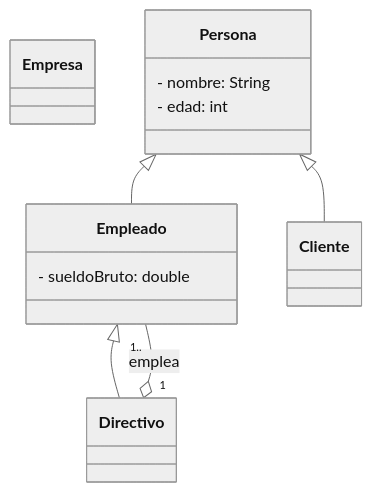
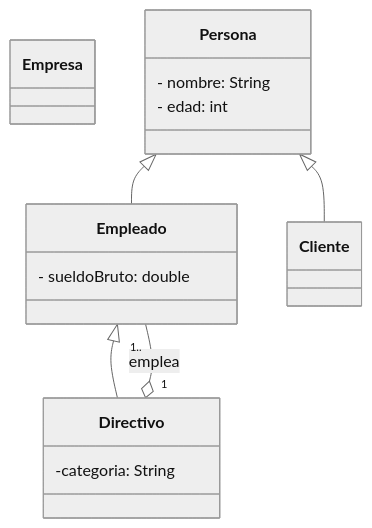
Before and after one commit to Diogo-Santoro/CD_Tema2_Ejercicios: the diagram in ejercicios-aula/ejercicio1.mmd, drawn with Mermaid (neutral theme). The commit also changed 2 other files, not shown here.

Commit message:
Agregar atributos de fecha en la clase Prestamo y completar el diagrama de clases en ejercicio 2

```diff
--- a/ejercicios-aula/ejercicio1.mmd
+++ b/ejercicios-aula/ejercicio1.mmd
@@ -1,25 +1,25 @@
 classDiagram 
     class Empresa {
 
     }
     class Persona{
         - nombre: String
         - edad: int  
     }
     class Empleado {
         - sueldoBruto: double
     }
 
      class Cliente {
       
     }
 
     class Directivo {
-
+        -categoria: String
     }
 
     Persona <|-- Empleado
     Persona <|-- Cliente
     Empleado <|-- Directivo
 
     Directivo "1" o-- "1.." Empleado : emplea 
```
